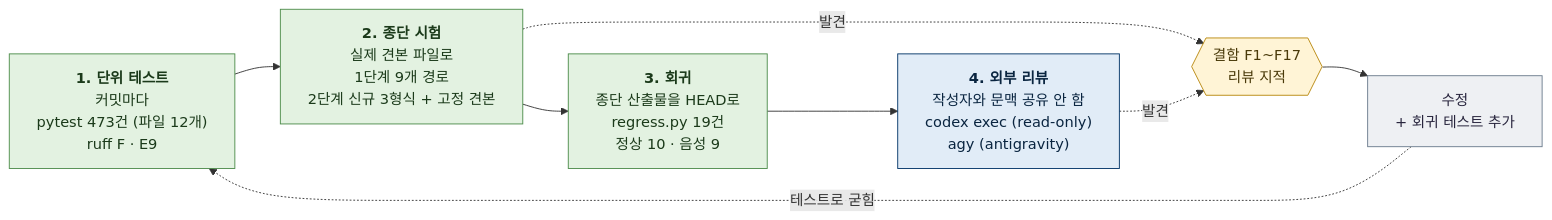
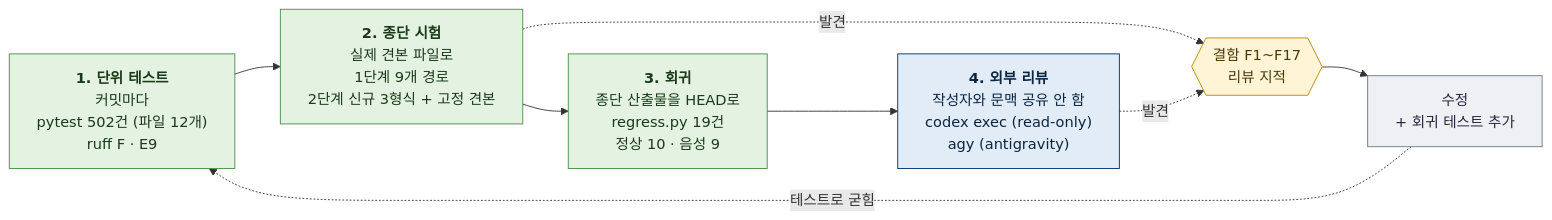
One commit to yarang/skills-for-work changed the diagram in docu-writer/docs/diagrams/quality-layers.mmd. Above: the diagram before and after it, drawn with Mermaid. The commit also changed 15 other files, not shown here.

```diff
--- a/docu-writer/docs/diagrams/quality-layers.mmd
+++ b/docu-writer/docs/diagrams/quality-layers.mmd
@@ -1,23 +1,23 @@
 %% 개발 품질은 네 겹으로 지킨다: 단위 테스트, 실제 파일로 도는 종단 시험, 그 산출물을 HEAD 코드로 다시 돌리는 회귀, 외부 모델 리뷰. 찾은 결함은 고친 뒤 테스트로 굳힌다
 %%{init: {"flowchart": {"wrappingWidth": 360}}}%%
 flowchart LR
-  T1["<b>1. 단위 테스트</b><br/>커밋마다<br/>pytest 473건 (파일 12개)<br/>ruff F · E9"]
+  T1["<b>1. 단위 테스트</b><br/>커밋마다<br/>pytest 502건 (파일 12개)<br/>ruff F · E9"]
   E1["<b>2. 종단 시험</b><br/>실제 견본 파일로<br/>1단계 9개 경로<br/>2단계 신규 3형식 + 고정 견본"]
   G1["<b>3. 회귀</b><br/>종단 산출물을 HEAD로<br/>regress.py 19건<br/>정상 10 · 음성 9"]
   X1["<b>4. 외부 리뷰</b><br/>작성자와 문맥 공유 안 함<br/>codex exec (read-only)<br/>agy (antigravity)"]
   F{{"결함 F1~F17<br/>리뷰 지적"}}
   FIX["수정<br/>+ 회귀 테스트 추가"]
   T1 --> E1 --> G1 --> X1
   E1 -.->|발견| F
   X1 -.->|발견| F
   F --> FIX
   FIX -.->|테스트로 굳힘| T1
 
   classDef done fill:#E3F2E1,stroke:#4C8C4A,color:#1B3A1A
   classDef agent fill:#E1ECF7,stroke:#003366,color:#0A2540
   classDef gate fill:#FFF4D6,stroke:#B8860B,color:#4A3A0A
   classDef main fill:#EEF0F3,stroke:#6B7B8C,color:#28253D
   class T1,E1,G1 done
   class X1 agent
   class F gate
   class FIX main
```
